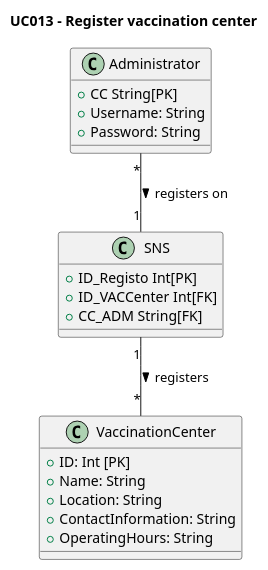
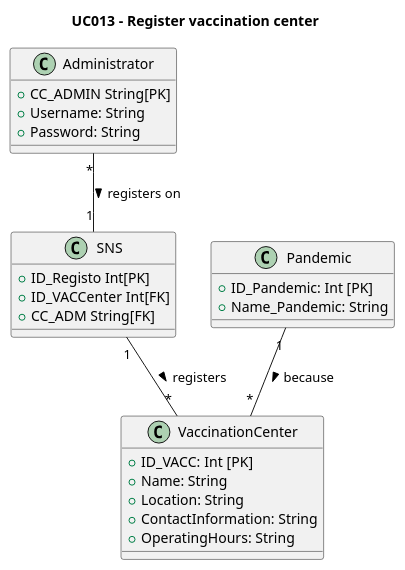
Before and after one commit to rafaafig/SnsTrab: the diagram in sns-base/doc/global/use-cases/UC013/uc-UCD013-DM.puml, drawn with PlantUML.

Commit message:
UPDATE USERCASE 013

```diff
--- a/sns-base/doc/global/use-cases/UC013/uc-UCD013-DM.puml
+++ b/sns-base/doc/global/use-cases/UC013/uc-UCD013-DM.puml
@@ -1,30 +1,35 @@
 @startuml
 'skinparam monochrome true
 'skinparam shadowing false
 
 title UC013 - Register vaccination center
 
 class Administrator {
-    +CC String[PK]
+    +CC_ADMIN String[PK]
     +Username: String
     +Password: String
 }
 class SNS{
     +ID_Registo Int[PK]
     +ID_VACCenter Int[FK]
     +CC_ADM String[FK]
 }
 
 class VaccinationCenter {
-    +ID: Int [PK]
+    +ID_VACC: Int [PK]
     +Name: String
     +Location: String
     +ContactInformation: String
     +OperatingHours: String
 }
 
+class Pandemic{
+    +ID_Pandemic: Int [PK]
+    +Name_Pandemic: String
+}
 ' Relationships
 Administrator "*" -- "1" SNS : registers on >
 SNS "1" -- "*" VaccinationCenter : registers >
+Pandemic "1" -- "*" VaccinationCenter : because >
 
 @enduml
```
